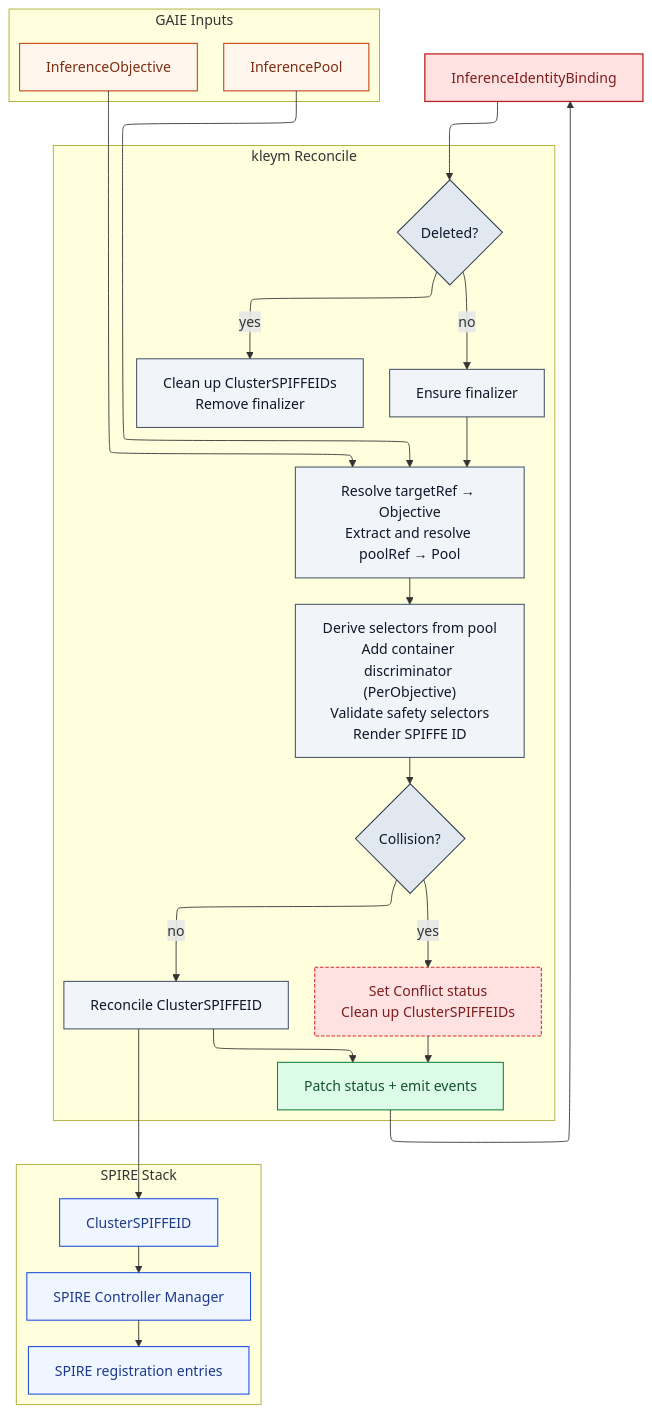
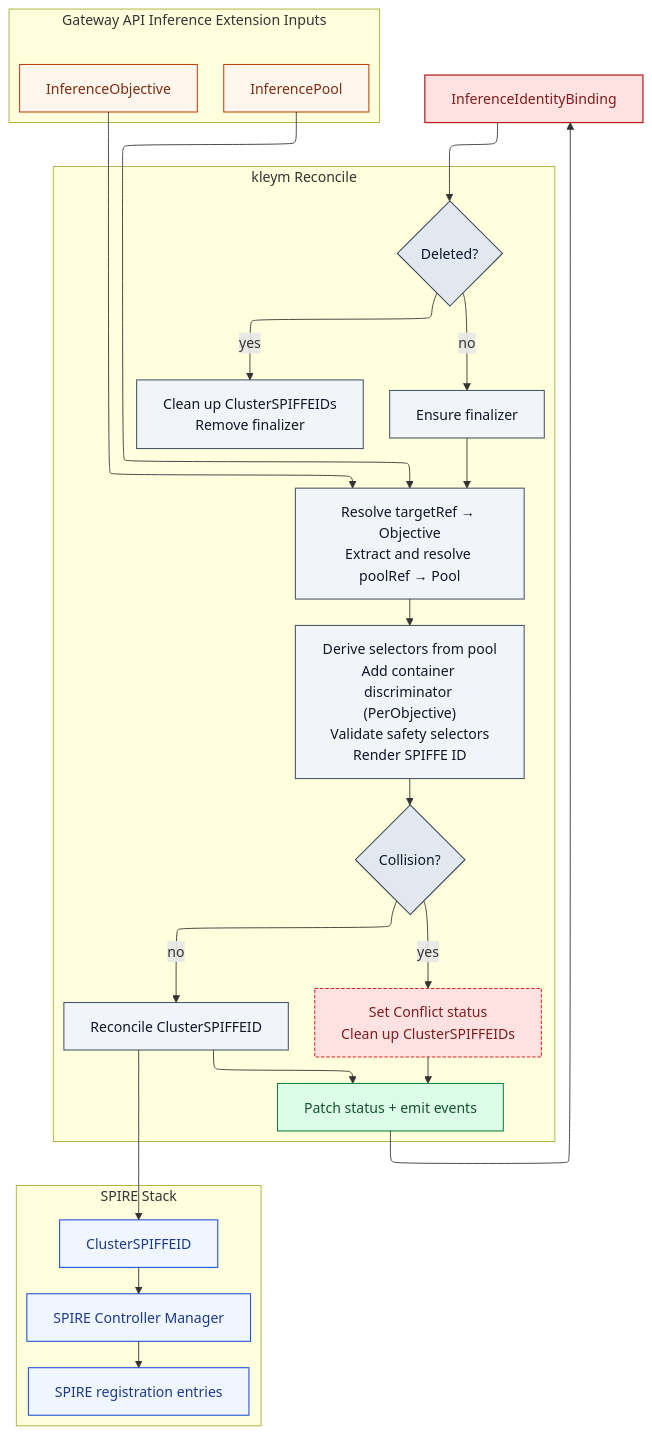
The diagram in README.md (sonda-red/kleym), drawn with Mermaid before and after one commit. The commit also changed other lines of this file, not shown here.

````diff
--- a/README.md
+++ b/README.md
@@ -9,57 +87,57 @@
 ```mermaid
 ---
 config:
   layout: elk
 ---
 flowchart TD
     B["InferenceIdentityBinding"]
 
-    subgraph GAIE["GAIE Inputs"]
+    subgraph GAIE["Gateway API Inference Extension Inputs"]
         O["InferenceObjective"]
         P["InferencePool"]
     end
 
     subgraph Reconcile["kleym Reconcile"]
         D1{"Deleted?"}
         D1Y["Clean up ClusterSPIFFEIDs\nRemove finalizer"]
         F["Ensure finalizer"]
         RESOLVE["Resolve targetRef → Objective\nExtract and resolve poolRef → Pool"]
         RENDER["Derive selectors from pool\nAdd container discriminator (PerObjective)\nValidate safety selectors\nRender SPIFFE ID"]
         COL{"Collision?"}
         COLY["Set Conflict status\nClean up ClusterSPIFFEIDs"]
         APPLY["Reconcile ClusterSPIFFEID"]
         STATUS["Patch status + emit events"]
     end
 
     subgraph SPIRE["SPIRE Stack"]
         CS["ClusterSPIFFEID"]
         SCM["SPIRE Controller Manager"]
         SR["SPIRE registration entries"]
     end
 
     B --> D1
     D1 -->|yes| D1Y
     D1 -->|no| F --> RESOLVE
     O & P --> RESOLVE
     RESOLVE --> RENDER --> COL
     COL -->|yes| COLY --> STATUS
     COL -->|no| APPLY --> STATUS
     APPLY --> CS --> SCM --> SR
     STATUS --> B
 
     classDef binding fill:#fee2e2,stroke:#b91c1c,color:#7f1d1d,stroke-width:1.4px
     classDef gaie fill:#fff7ed,stroke:#c2410c,color:#7c2d12,stroke-width:1.2px
     classDef controller fill:#f1f5f9,stroke:#475569,color:#0f172a,stroke-width:1.2px
     classDef gate fill:#e2e8f0,stroke:#334155,color:#0f172a,stroke-width:1.2px
     classDef status fill:#dcfce7,stroke:#15803d,color:#14532d,stroke-width:1.2px
     classDef warning fill:#fee2e2,stroke:#dc2626,color:#7f1d1d,stroke-width:1.2px,stroke-dasharray:4 2
     classDef spire fill:#eff6ff,stroke:#1d4ed8,color:#1e3a8a,stroke-width:1.2px
 
     class B binding
     class O,P gaie
     class D1,COL gate
     class D1Y,F,RESOLVE,RENDER,APPLY controller
     class STATUS status
     class COLY warning
     class CS,SCM,SR spire
 ```
````
